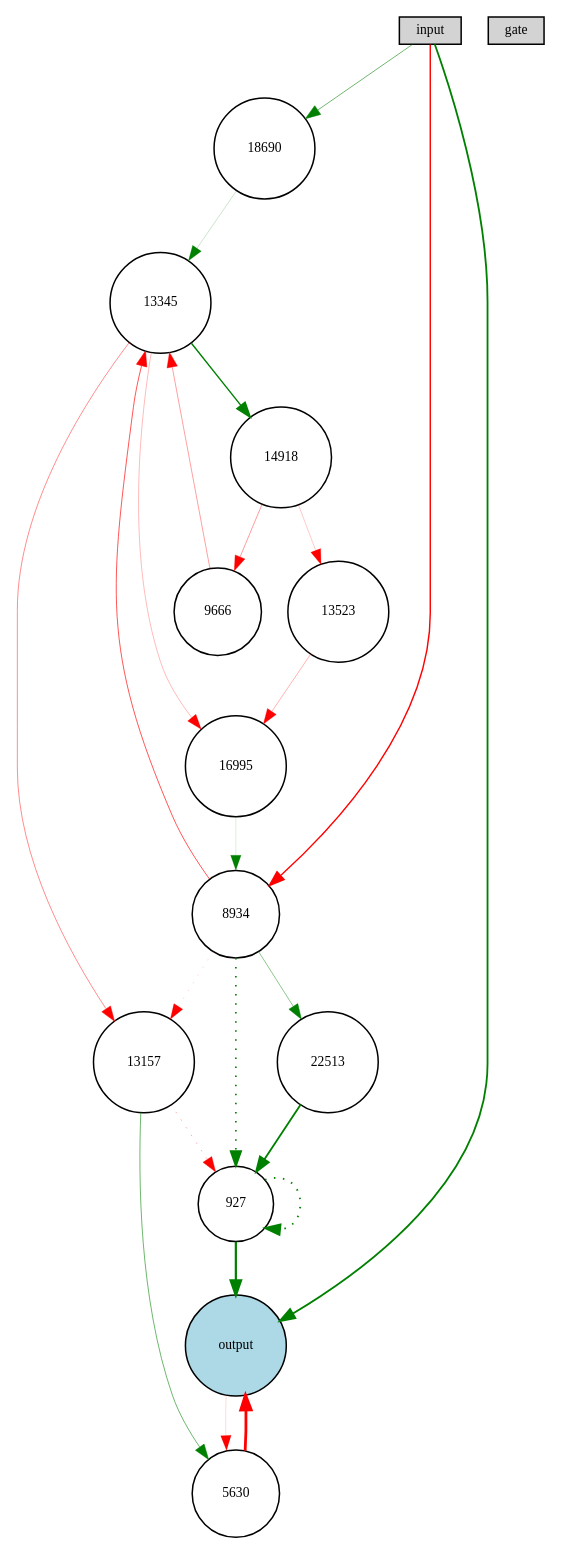
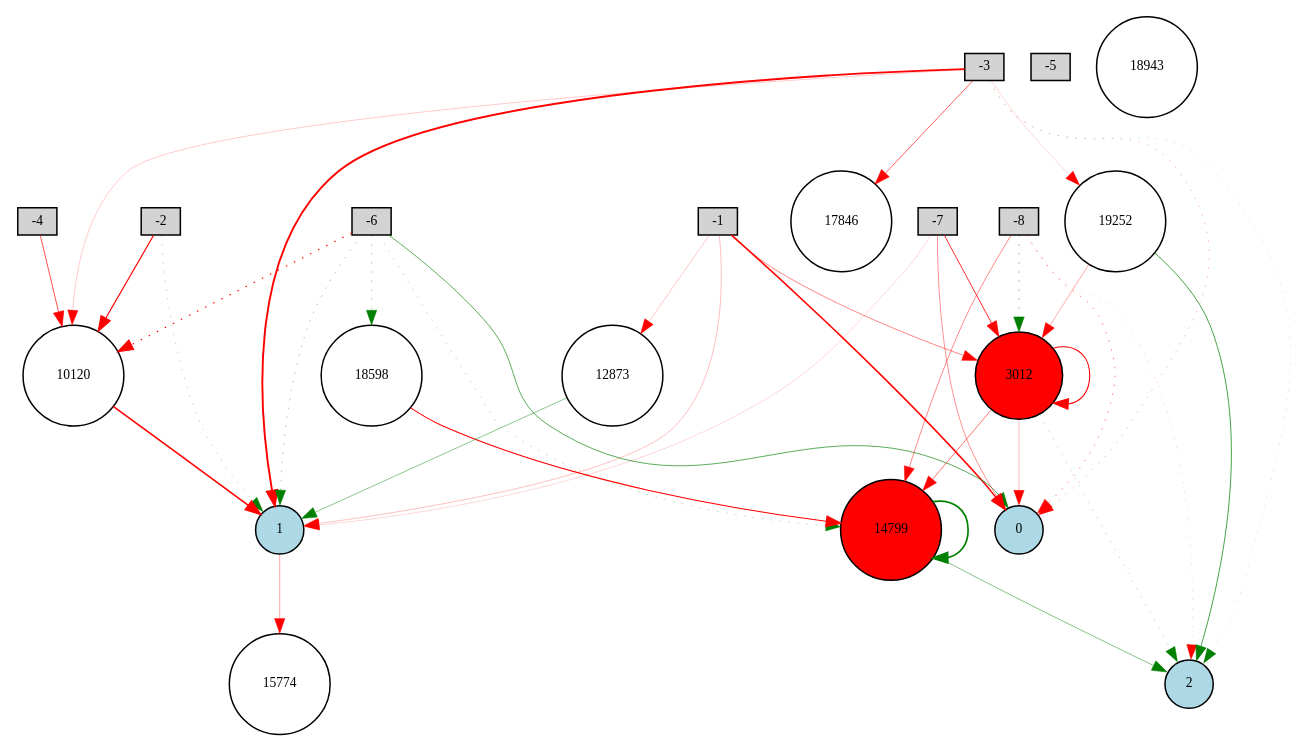
Before and after one commit to Aayush499/Neat-Foraging: the diagram in Digraph.gv, drawn with Graphviz. The commit also changed 17618 other files, not shown here.

```diff
--- a/Digraph.gv
+++ b/Digraph.gv
@@ -1,40 +1,60 @@
 digraph {
 	node [fontsize=9 height=0.2 shape=circle width=0.2]
-	input [fillcolor=lightgray shape=box style=filled]
-	gate [fillcolor=lightgray shape=box style=filled]
-	output [fillcolor=lightblue style=filled]
-	13345 [fillcolor=white style=filled]
-	9666 [fillcolor=white style=filled]
-	16995 [fillcolor=white style=filled]
-	18690 [fillcolor=white style=filled]
-	13157 [fillcolor=white style=filled]
-	8934 [fillcolor=white style=filled]
-	14918 [fillcolor=white style=filled]
-	22513 [fillcolor=white style=filled]
-	13523 [fillcolor=white style=filled]
-	5630 [fillcolor=white style=filled]
-	927 [fillcolor=white style=filled]
-	input -> output [color=green penwidth=1.214373105458514 style=solid]
-	927 -> output [color=green penwidth=1.4671360309472081 style=solid]
-	output -> 5630 [color=red penwidth=0.10371878003547008 style=solid]
-	5630 -> output [color=red penwidth=1.8641078284276589 style=solid]
-	input -> 8934 [color=red penwidth=0.9413980982653044 style=solid]
-	8934 -> 927 [color=green penwidth=1.1071343478109652 style=dotted]
-	927 -> 927 [color=green penwidth=1.2244305429704945 style=dotted]
-	8934 -> 13157 [color=red penwidth=0.10790623458213593 style=dotted]
-	13157 -> 927 [color=red penwidth=0.2191615458629101 style=dotted]
-	8934 -> 13345 [color=red penwidth=0.43526490747588253 style=solid]
-	13345 -> 13157 [color=red penwidth=0.3032320093929769 style=solid]
-	14918 -> 13523 [color=red penwidth=0.14475635236984155 style=solid]
-	13345 -> 14918 [color=green penwidth=0.9371681298425381 style=solid]
-	16995 -> 8934 [color=green penwidth=0.10351683767795286 style=solid]
-	9666 -> 13345 [color=red penwidth=0.2491452000717556 style=solid]
-	input -> 18690 [color=green penwidth=0.38078283653698997 style=solid]
-	14918 -> 9666 [color=red penwidth=0.2621185559085977 style=solid]
-	13523 -> 16995 [color=red penwidth=0.2015521718146266 style=solid]
-	13345 -> 16995 [color=red penwidth=0.17558202927486052 style=solid]
-	13157 -> 5630 [color=green penwidth=0.3820607286541512 style=solid]
-	8934 -> 22513 [color=green penwidth=0.30000000000000004 style=solid]
-	22513 -> 927 [color=green penwidth=1.2085278597089526 style=solid]
-	18690 -> 13345 [color=green penwidth=0.14191409627472576 style=solid]
+	-1 [fillcolor=lightgray shape=box style=filled]
+	-2 [fillcolor=lightgray shape=box style=filled]
+	-3 [fillcolor=lightgray shape=box style=filled]
+	-4 [fillcolor=lightgray shape=box style=filled]
+	-5 [fillcolor=lightgray shape=box style=filled]
+	-6 [fillcolor=lightgray shape=box style=filled]
+	-7 [fillcolor=lightgray shape=box style=filled]
+	-8 [fillcolor=lightgray shape=box style=filled]
+	0 [fillcolor=lightblue style=filled]
+	1 [fillcolor=lightblue style=filled]
+	2 [fillcolor=lightblue style=filled]
+	3012 [fillcolor=red style=filled]
+	18598 [fillcolor=white style=filled]
+	10120 [fillcolor=white style=filled]
+	12873 [fillcolor=white style=filled]
+	14799 [fillcolor=red style=filled]
+	19252 [fillcolor=white style=filled]
+	17846 [fillcolor=white style=filled]
+	15774 [fillcolor=white style=filled]
+	18943 [fillcolor=white style=filled]
+	-2 -> 1 [color=green penwidth=0.18059802097461689 style=dotted]
+	-3 -> 2 [color=green penwidth=0.10732918952271182 style=dotted]
+	-3 -> 1 [color=red penwidth=1.279994532196894 style=solid]
+	-7 -> 1 [color=red penwidth=0.10759898512173349 style=solid]
+	-1 -> 3012 [color=red penwidth=0.3175281277758625 style=solid]
+	3012 -> 3012 [color=red penwidth=0.7152375482880947 style=solid]
+	-1 -> 1 [color=red penwidth=0.16730402216959794 style=solid]
+	-8 -> 2 [color=red penwidth=0.10944594150335088 style=dotted]
+	-7 -> 3012 [color=red penwidth=0.5450854100436332 style=solid]
+	3012 -> 2 [color=green penwidth=0.1768281741625396 style=dotted]
+	-6 -> 1 [color=green penwidth=0.261138415255489 style=dotted]
+	-1 -> 0 [color=red penwidth=0.9975880813903492 style=solid]
+	-7 -> 0 [color=red penwidth=0.28602998274312885 style=solid]
+	-6 -> 0 [color=green penwidth=0.4340049793832319 style=solid]
+	-6 -> 10120 [color=red penwidth=0.7632480448926232 style=dotted]
+	10120 -> 1 [color=red penwidth=1.0358105306261567 style=solid]
+	-3 -> 0 [color=red penwidth=0.20386262126158794 style=dotted]
+	-8 -> 0 [color=red penwidth=0.33958633201456867 style=dotted]
+	-3 -> 10120 [color=red penwidth=0.13692456953252047 style=solid]
+	-8 -> 14799 [color=red penwidth=0.3113995710092984 style=solid]
+	14799 -> 2 [color=green penwidth=0.3175268762956921 style=solid]
+	-4 -> 10120 [color=red penwidth=0.46251937720375325 style=solid]
+	1 -> 15774 [color=red penwidth=0.24949283079301396 style=solid]
+	-2 -> 10120 [color=red penwidth=0.8015762826351333 style=solid]
+	-6 -> 14799 [color=green penwidth=0.1880552352877602 style=dotted]
+	14799 -> 14799 [color=green penwidth=1.11168366631176 style=solid]
+	3012 -> 14799 [color=red penwidth=0.3681145286313976 style=solid]
+	-8 -> 3012 [color=green penwidth=0.3435836915201603 style=dotted]
+	-3 -> 17846 [color=red penwidth=0.4217257897163854 style=solid]
+	-6 -> 18598 [color=green penwidth=0.2381694421379005 style=dotted]
+	18598 -> 14799 [color=red penwidth=0.7387156223323603 style=solid]
+	-1 -> 12873 [color=red penwidth=0.15236882186729497 style=solid]
+	3012 -> 0 [color=red penwidth=0.177755754948478 style=solid]
+	-3 -> 19252 [color=red penwidth=0.10687660407367164 style=solid]
+	19252 -> 2 [color=green penwidth=0.4829172139215048 style=solid]
+	12873 -> 1 [color=green penwidth=0.29779681510841544 style=solid]
+	19252 -> 3012 [color=red penwidth=0.21668686295505457 style=solid]
 }
```
